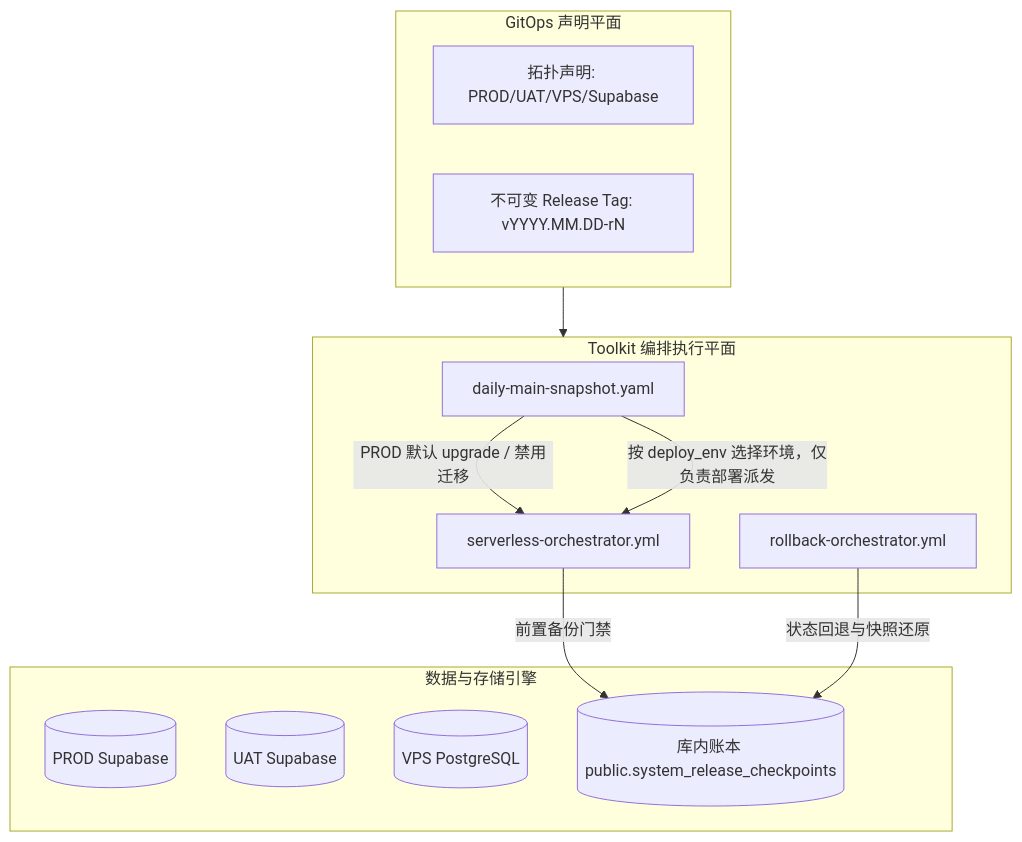
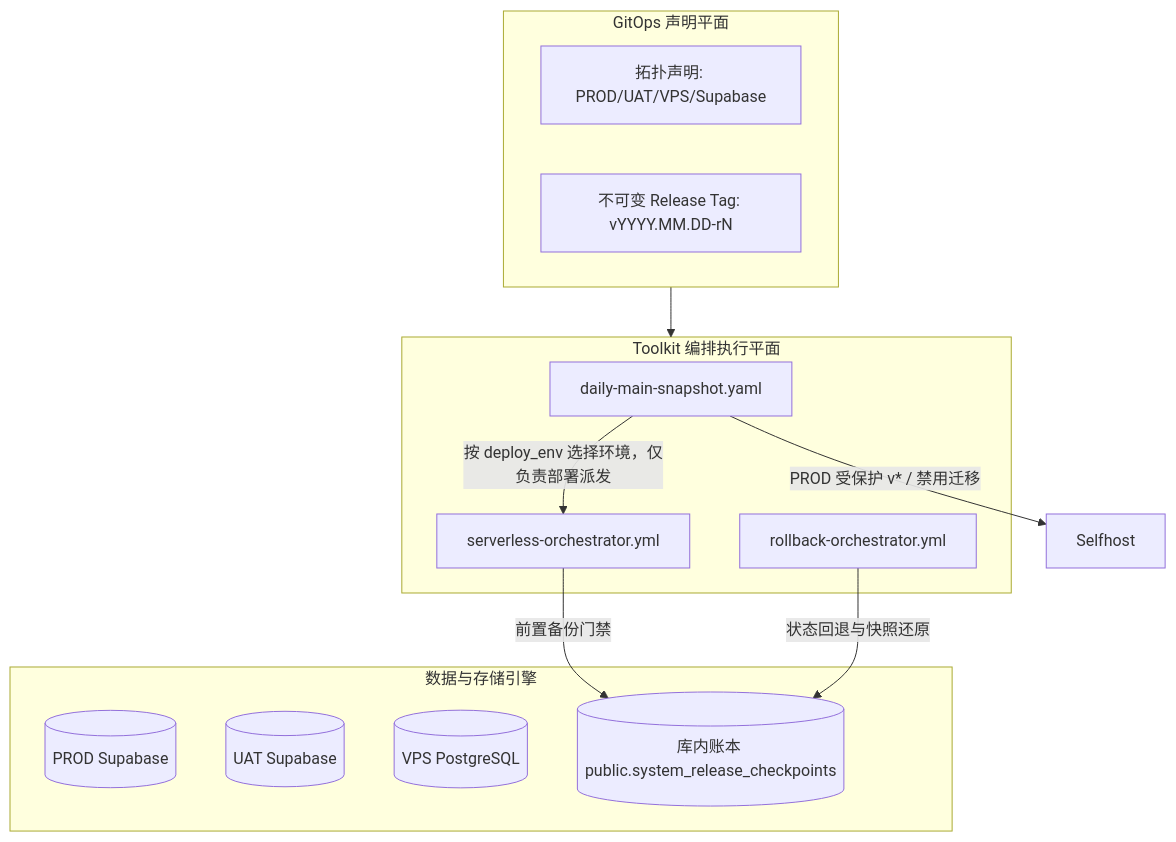
Before and after one commit to ai-workspace-infra/platform-ops-toolkit: the diagram in docs/data_migration/core_delivery_overview_and_observability_guide.md, drawn with Mermaid. The commit also changed other lines of this file and 6 other files, not shown here.

````diff
--- a/docs/data_migration/core_delivery_overview_and_observability_guide.md
+++ b/docs/data_migration/core_delivery_overview_and_observability_guide.md
@@ -43,26 +43,26 @@
 ```mermaid
 graph TD
     subgraph GitOps_Control [GitOps 声明平面]
         Topo[拓扑声明: PROD/UAT/VPS/Supabase]
         Tags[不可变 Release Tag: vYYYY.MM.DD-rN]
     end
 
     subgraph CI_Execution [Toolkit 编排执行平面]
         Daily[daily-main-snapshot.yaml]
         Serverless[serverless-orchestrator.yml]
         RollbackOrch[rollback-orchestrator.yml]
     end
 
     subgraph Data_Engines [数据与存储引擎]
         SupaProd[(PROD Supabase)]
         SupaUAT[(UAT Supabase)]
         VpsPG[(VPS PostgreSQL)]
         Ledger[(库内账本 public.system_release_checkpoints)]
     end
 
     GitOps_Control --> CI_Execution
-    Daily -->|PROD 默认 upgrade / 禁用迁移| Serverless
+    Daily -->|PROD 受保护 v* / 禁用迁移| Selfhost
     Daily -->|按 deploy_env 选择环境，仅负责部署派发| Serverless
     Serverless -->|前置备份门禁| Ledger
     RollbackOrch -->|状态回退与快照还原| Ledger
 ```
````
